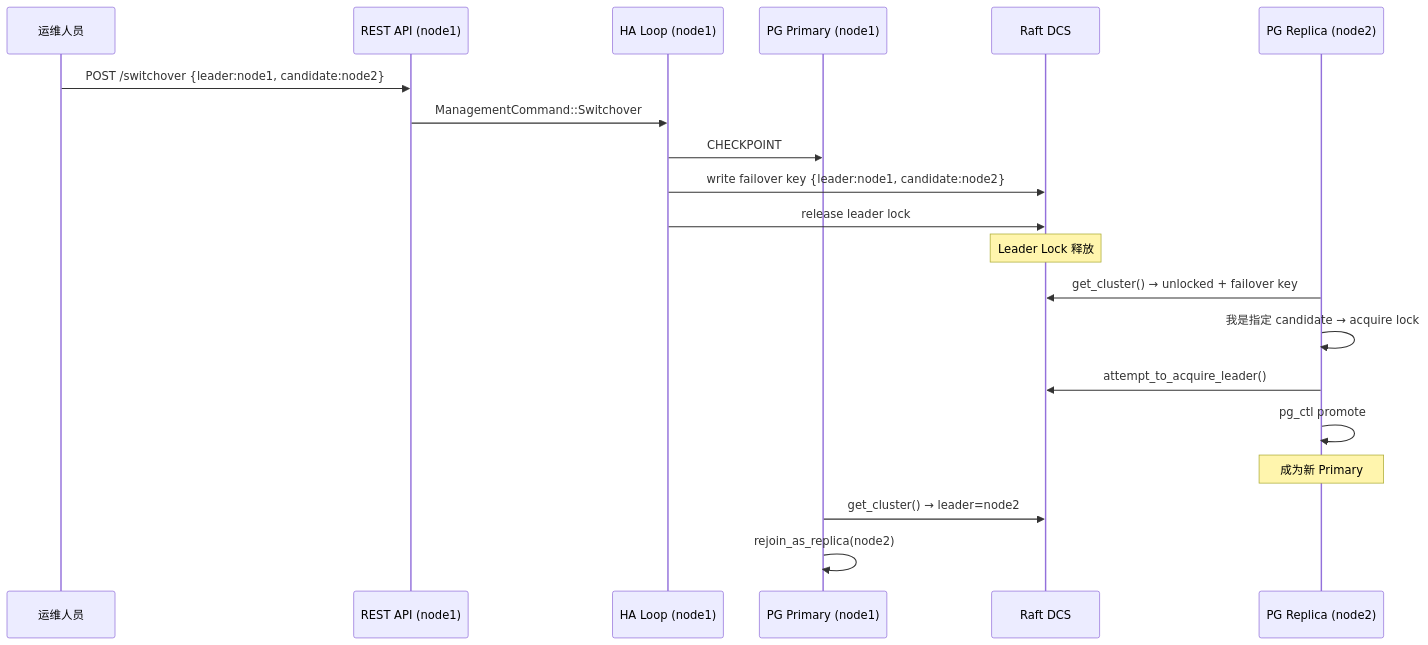
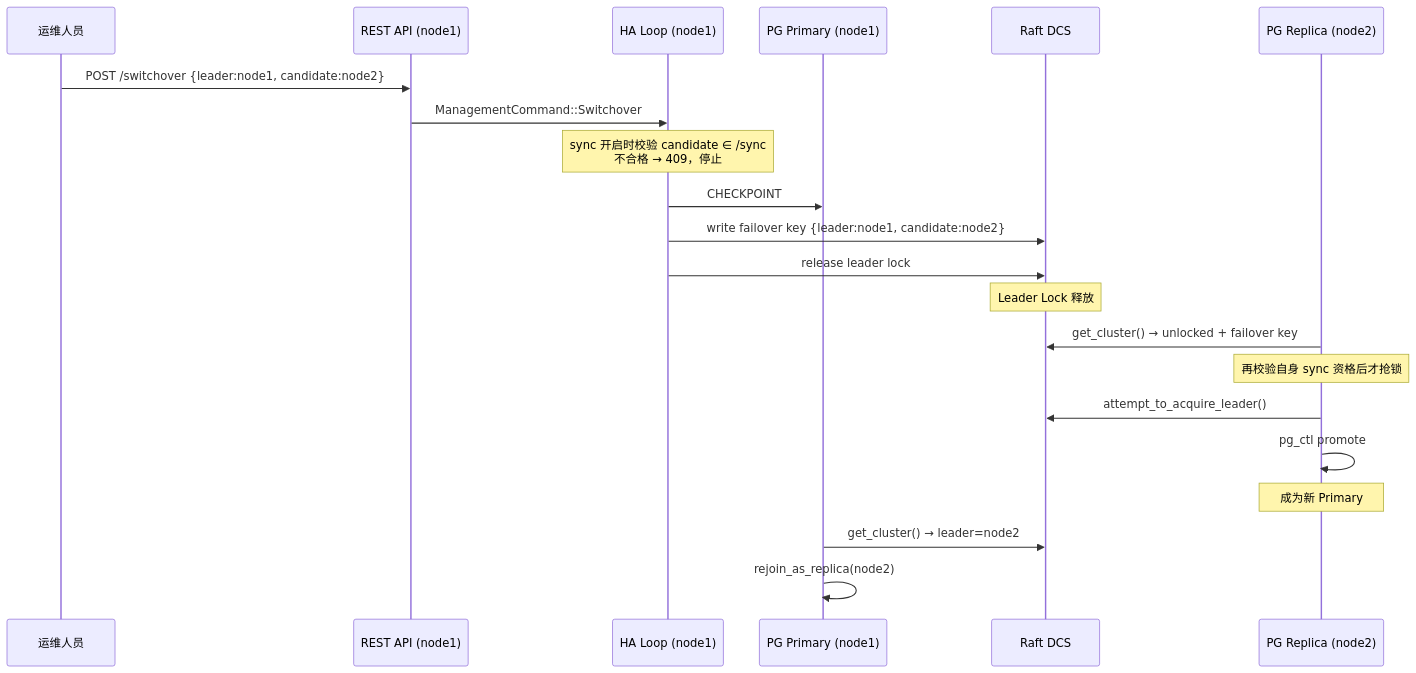
One commit to seraphico/pg-ha changed the first of 2 diagrams in docs/operations-guide.md. Above: the diagram before and after it, drawn with Mermaid. The commit also changed other lines of this file and 3 other files, not shown here.

````diff
--- a/docs/operations-guide.md
+++ b/docs/operations-guide.md
@@ -165,23 +173,24 @@
 ```mermaid
 sequenceDiagram
     participant Admin as 运维人员
     participant API as REST API (node1)
     participant HA as HA Loop (node1)
     participant PG1 as PG Primary (node1)
     participant DCS as Raft DCS
     participant PG2 as PG Replica (node2)
 
     Admin->>API: POST /switchover {leader:node1, candidate:node2}
     API->>HA: ManagementCommand::Switchover
+    Note over HA: sync 开启时校验 candidate ∈ /sync<br/>不合格 → 409，停止
     HA->>PG1: CHECKPOINT
     HA->>DCS: write failover key {leader:node1, candidate:node2}
     HA->>DCS: release leader lock
     Note over DCS: Leader Lock 释放
     PG2->>DCS: get_cluster() → unlocked + failover key
-    PG2->>PG2: 我是指定 candidate → acquire lock
+    Note over PG2: 再校验自身 sync 资格后才抢锁
     PG2->>DCS: attempt_to_acquire_leader()
     PG2->>PG2: pg_ctl promote
     Note over PG2: 成为新 Primary
     PG1->>DCS: get_cluster() → leader=node2
     PG1->>PG1: rejoin_as_replica(node2)
 ```
````
